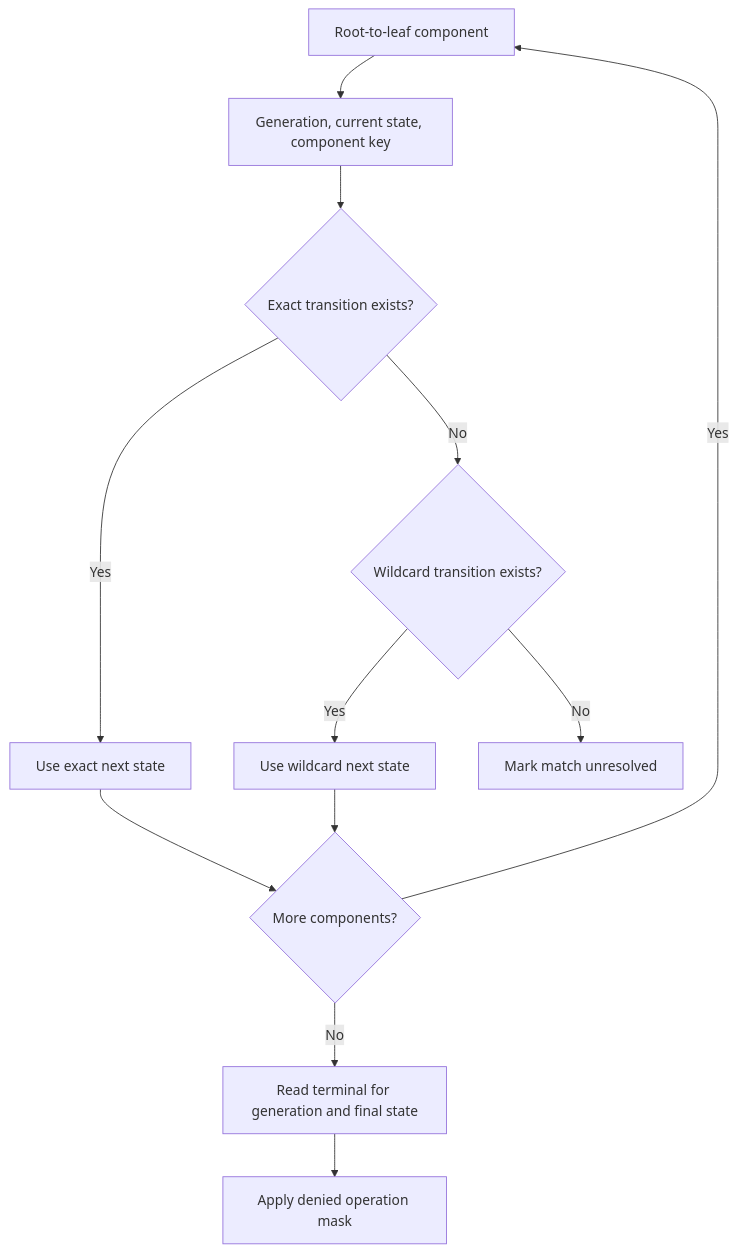
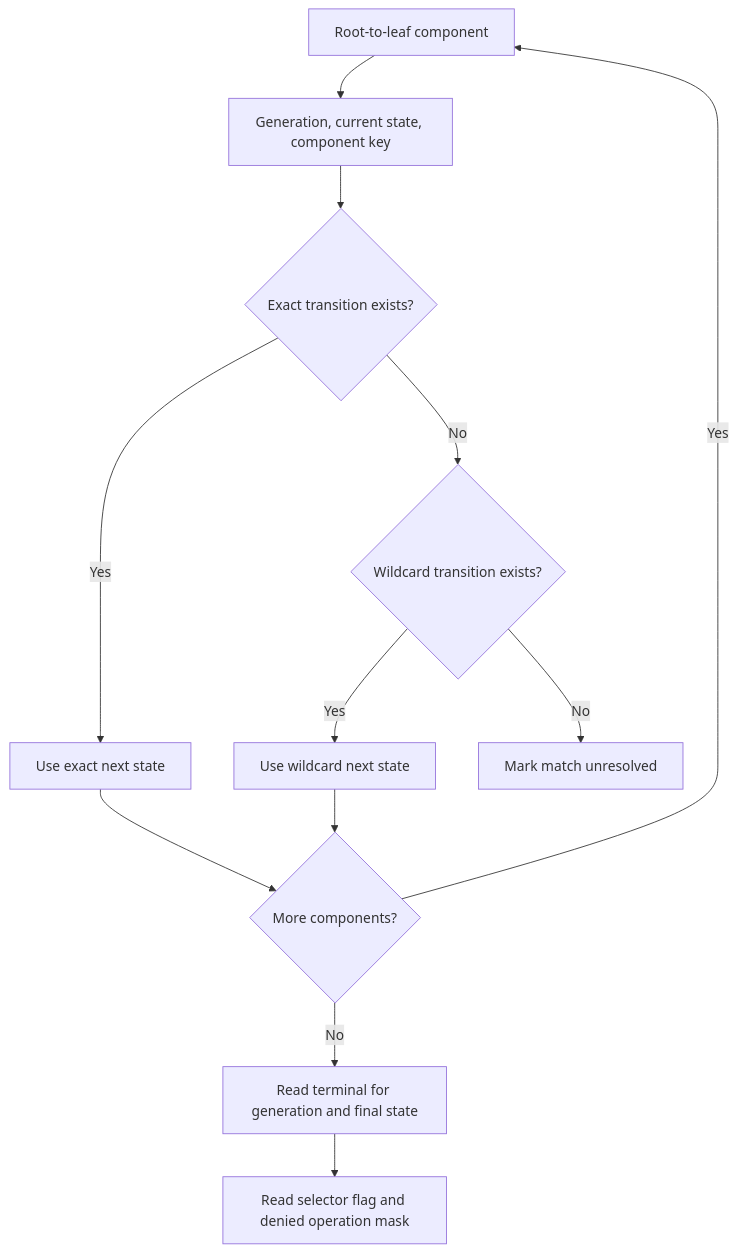
Before and after one commit to Ereborlabs/erebor-runtime: the fourth of 14 diagrams in docs/plans/mithril-hugging-face-intrusion-prevention/path-tree-denial-implementation-review.md, drawn with Mermaid. The commit also changed other lines of this file and 54 other files, not shown here.

````diff
--- a/docs/plans/mithril-hugging-face-intrusion-prevention/path-tree-denial-implementation-review.md
+++ b/docs/plans/mithril-hugging-face-intrusion-prevention/path-tree-denial-implementation-review.md
@@ -256,21 +311,21 @@
 ```mermaid
 flowchart TD
     A[Root-to-leaf component]
     B[Generation, current state, component key]
     C{Exact transition exists?}
     D[Use exact next state]
     E{Wildcard transition exists?}
     F[Use wildcard next state]
     G[Mark match unresolved]
     H{More components?}
     I[Read terminal for generation and final state]
-    J[Apply denied operation mask]
+    J[Read selector flag and denied operation mask]
 
     A --> B --> C
     C -- Yes --> D --> H
     C -- No --> E
     E -- Yes --> F --> H
     E -- No --> G
     H -- Yes --> A
     H -- No --> I --> J
 ```
````
